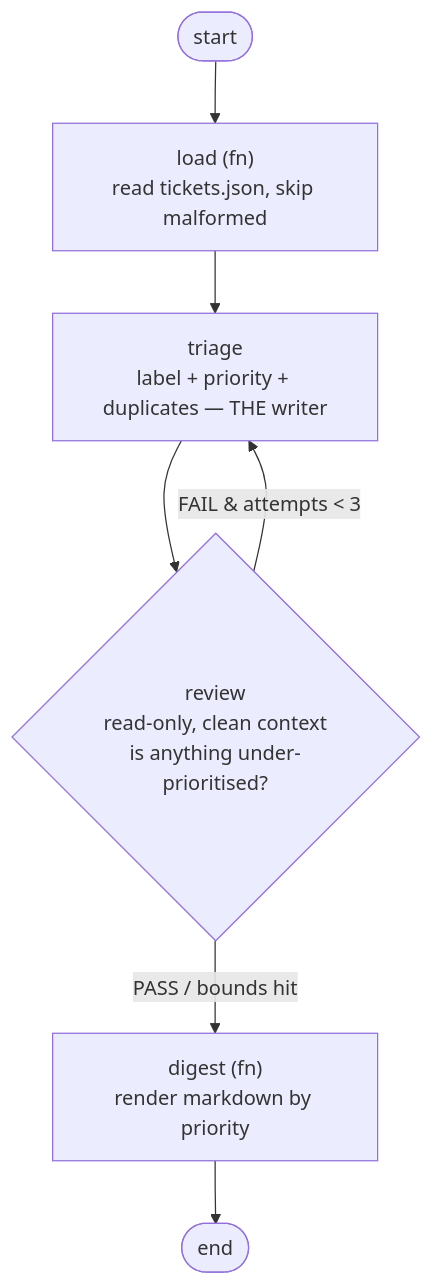
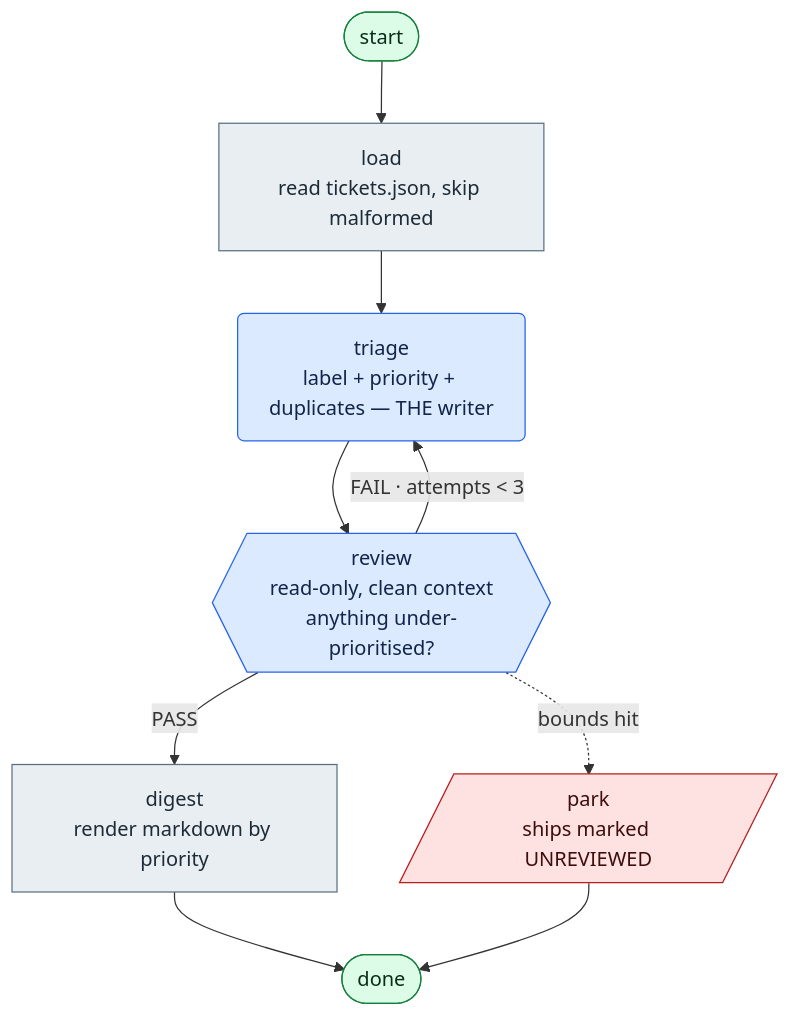
The diagram in examples/ticket-triage/README.md (elementalsouls/orchestration-design), drawn with Mermaid before and after one commit. The commit also changed 4 other files, not shown here.

````diff
--- a/examples/ticket-triage/README.md
+++ b/examples/ticket-triage/README.md
@@ -67,9 +67,20 @@
 ```mermaid
 flowchart TD
-    S([start]) --> load["load (fn)<br/>read tickets.json, skip malformed"]
-    load --> triage["triage<br/>label + priority + duplicates — THE writer"]
-    triage --> review{"review<br/>read-only, clean context<br/>is anything under-prioritised?"}
-    review -->|"FAIL & attempts < 3"| triage
-    review -->|"PASS / bounds hit"| digest["digest (fn)<br/>render markdown by priority"]
-    digest --> E([end])
+    S([start]) --> load["load<br/>read tickets.json, skip malformed"]
+    load --> triage("triage<br/>label + priority + duplicates — THE writer")
+    triage --> review{{"review<br/>read-only, clean context<br/>anything under-prioritised?"}}
+    review -->|"FAIL · attempts &lt; 3"| triage
+    review -->|"PASS"| digest["digest<br/>render markdown by priority"]
+    review -.->|"bounds hit"| park[/"park<br/>ships marked UNREVIEWED"/]
+    digest --> E([done])
+    park --> E
+
+    classDef fixed fill:#e8eef2,stroke:#5b7183,color:#1d2b36
+    classDef model fill:#dbeafe,stroke:#2563eb,color:#12244a
+    classDef term  fill:#dcfce7,stroke:#15803d,color:#0a2e15
+    classDef halt  fill:#fee2e2,stroke:#b91c1c,color:#3f0d0d
+    class load,digest fixed
+    class triage,review model
+    class S,E term
+    class park halt
 ```
````
